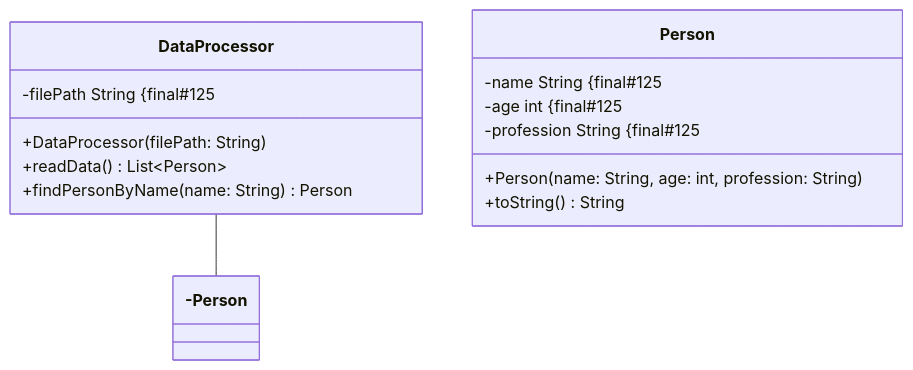
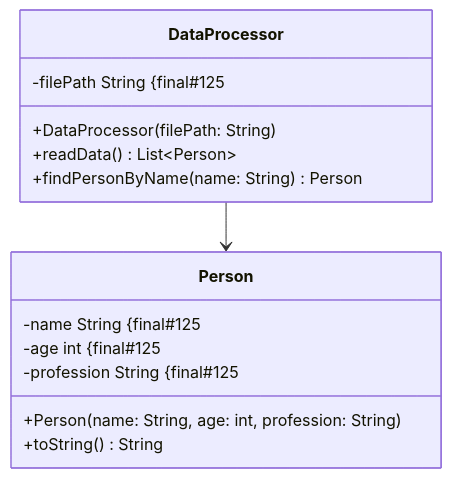
One commit to wielandjan/java_helloWorld_1 changed the second of 4 diagrams in scr/exercises/Programmieren1/SampleExam/ReadMe.md. Above: the diagram before and after it, drawn with Mermaid. The commit also changed other lines of this file, not shown here.

````diff
--- a/scr/exercises/Programmieren1/SampleExam/ReadMe.md
+++ b/scr/exercises/Programmieren1/SampleExam/ReadMe.md
@@ -62,19 +62,19 @@
 ```mermaid
 classDiagram
     class DataProcessor {
         -filePath String #123;final#125
         +DataProcessor(filePath: String)
         +readData() List~Person~
         +findPersonByName(name: String) Person
     }
 
     class Person {
         -name String #123;final#125
         -age int #123;final#125
         -profession String #123;final#125
         +Person(name: String, age: int, profession: String)
         +toString() String
     }
 
-    DataProcessor --- Person
+    DataProcessor --> Person
 ```
````
